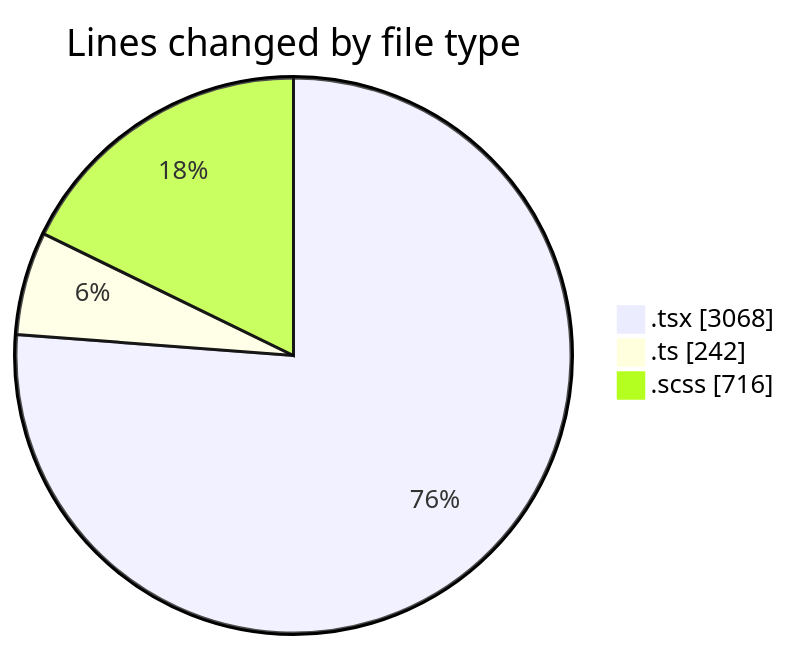
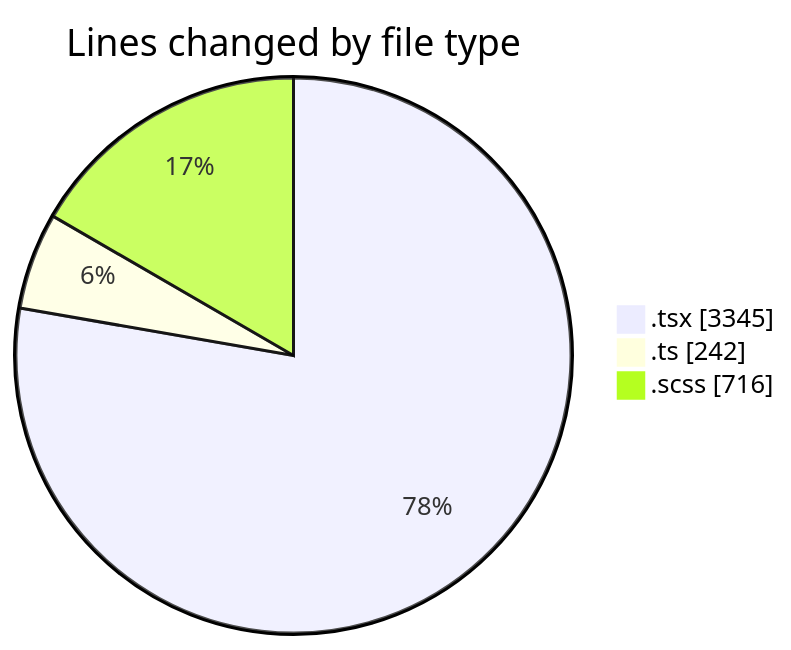
Before and after one commit to momahboobian/code-tracking: the first of 2 diagrams in 2025-09-15/cda/README.md, drawn with Mermaid. The commit also changed other lines of this file and 1 other file, not shown here.

````diff
--- a/2025-09-15/cda/README.md
+++ b/2025-09-15/cda/README.md
@@ -25,7 +25,7 @@
 ```mermaid
 pie showData
 title Lines changed by file type
-".tsx" : 3068
+".tsx" : 3345
 ".ts" : 242
 ".scss" : 716
 ```
````
